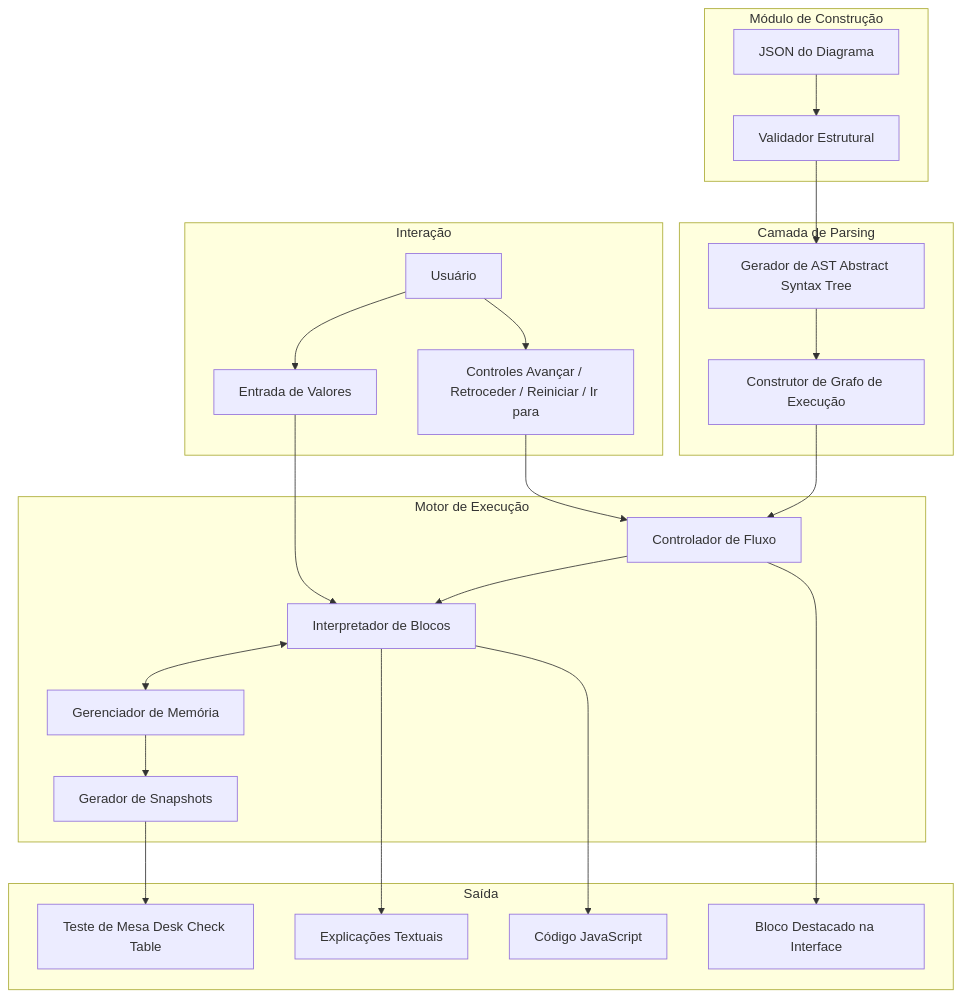
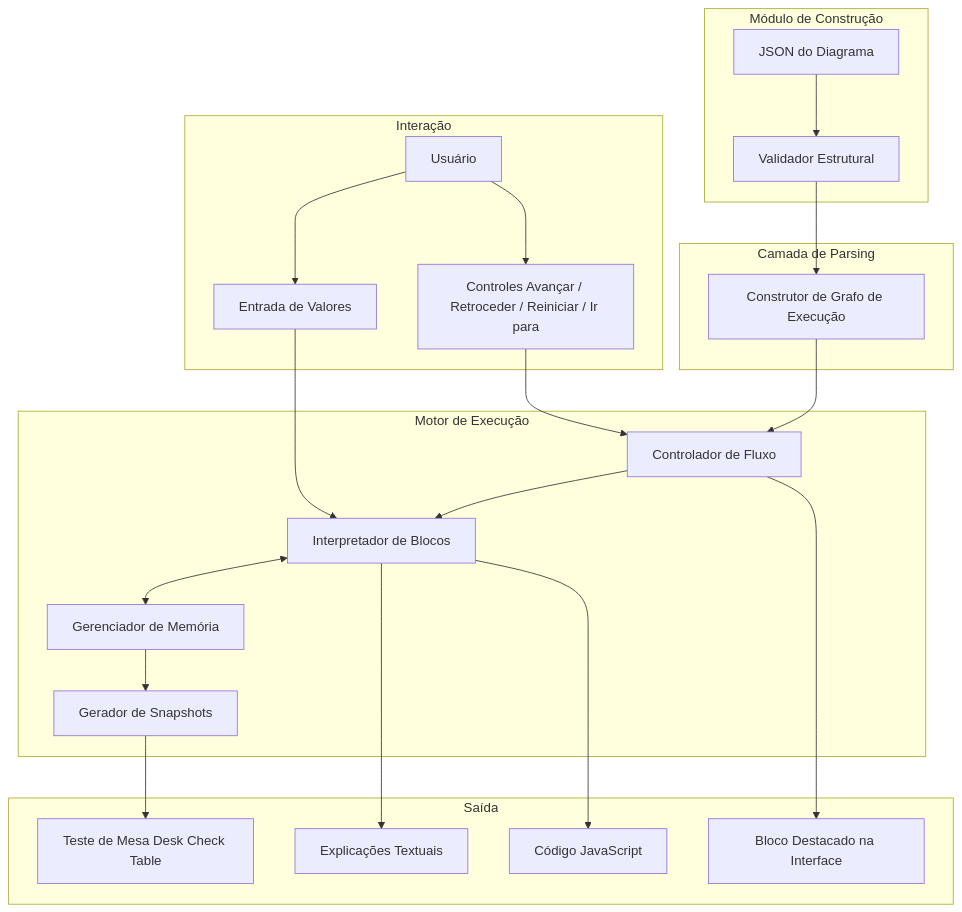
One commit to si-utfpr-gp/blade changed the fifth of 7 diagrams in docs/ssd.md. Above: the diagram before and after it, drawn with Mermaid. The commit also changed other lines of this file and 1 other file, not shown here.

Commit message:
docs(ssd): remove AST from parsing layer, fix checklist

````diff
--- a/docs/ssd.md
+++ b/docs/ssd.md
@@ -366,43 +366,41 @@
 ```mermaid
 graph TB
     subgraph Builder["Módulo de Construção"]
         DIAGRAM[JSON do Diagrama]
         VAL[Validador Estrutural]
         DIAGRAM --> VAL
     end
     subgraph Parser["Camada de Parsing"]
-        AST[Gerador de AST Abstract Syntax Tree]
         GRAPH[Construtor de Grafo de Execução]
     end
     subgraph Engine["Motor de Execução"]
         CTL[Controlador de Fluxo]
         INTERP[Interpretador de Blocos]
         MEM[Gerenciador de Memória]
         SNAP[Gerador de Snapshots]
     end
     subgraph Output["Saída"]
         DT[Teste de Mesa Desk Check Table]
         EXP[Explicações Textuais]
         CODE[Código JavaScript]
         HIGHLIGHT[Bloco Destacado na Interface]
     end
     subgraph User["Interação"]
         USER[Usuário]
         CONTROLS[Controles Avançar / Retroceder / Reiniciar / Ir para]
         INPUT_VAL[Entrada de Valores]
     end
-    VAL --> AST
-    AST --> GRAPH
+    VAL --> GRAPH
     GRAPH --> CTL
     CTL --> INTERP
     INTERP <--> MEM
     MEM --> SNAP
     SNAP --> DT
     INTERP --> EXP
     INTERP --> CODE
     CTL --> HIGHLIGHT
     USER --> CONTROLS
     CONTROLS --> CTL
     USER --> INPUT_VAL
     INPUT_VAL --> INTERP
 ```
````
